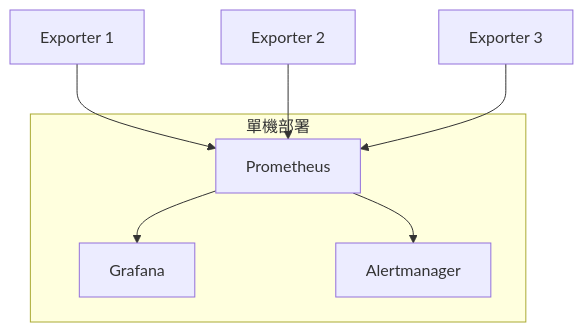
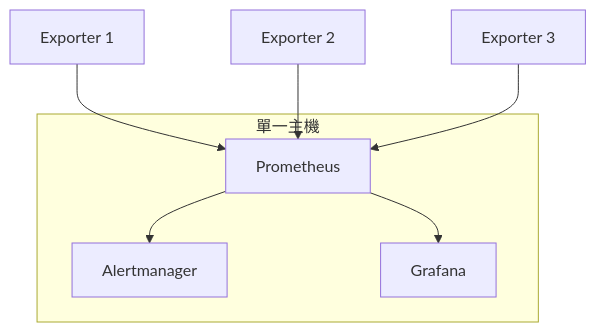
Before and after one commit to chihhung/Blog: the ninth of 24 diagrams in content/posts/教學/工具/Prometheus與Grafana教學手冊.md, drawn with Mermaid. The commit also changed other lines of this file and 8 other files, not shown here.

````diff
--- a/content/posts/教學/工具/Prometheus與Grafana教學手冊.md
+++ b/content/posts/教學/工具/Prometheus與Grafana教學手冊.md
@@ -382,15 +673,13 @@
 ```mermaid
-graph TB
-    subgraph "單機部署"
-        P[Prometheus]
-        G[Grafana]
-        AM[Alertmanager]
+flowchart TB
+    subgraph Host["單一主機"]
+        P["Prometheus"]
+        AM["Alertmanager"]
+        G["Grafana"]
     end
-    
-    E1[Exporter 1] --> P
-    E2[Exporter 2] --> P
-    E3[Exporter 3] --> P
-    
+    E1["Exporter 1"] --> P
+    E2["Exporter 2"] --> P
+    E3["Exporter 3"] --> P
+    P --> AM
     P --> G
-    P --> AM
 ```
````
